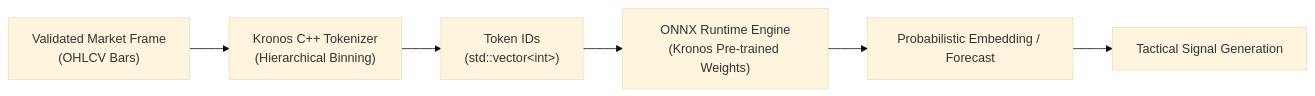
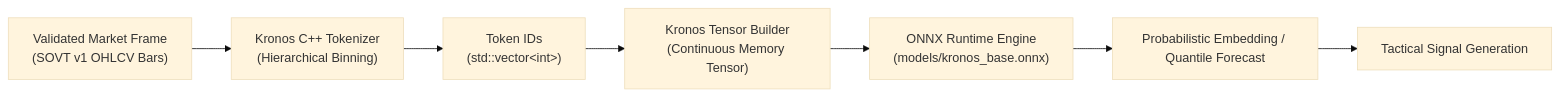
Before and after one commit to vgbn2/personal_finance_draft: the diagram in docs/engineering/specs/kronos_pipeline.md, drawn with Mermaid (base theme). The commit also changed other lines of this file and 51 other files, not shown here.

First line of the commit message:
feat(docs): overhaul specifications to IEEE 830 SRS standard and add core architectural stubs

````diff
--- a/docs/engineering/specs/kronos_pipeline.md
+++ b/docs/engineering/specs/kronos_pipeline.md
@@ -10,8 +33,9 @@
 ```mermaid
 flowchart LR
-    FRAME["Validated Market Frame<br/>(OHLCV Bars)"] --> TOKEN["Kronos C++ Tokenizer<br/>(Hierarchical Binning)"]
+    FRAME["Validated Market Frame<br/>(SOVT v1 OHLCV Bars)"] --> TOKEN["Kronos C++ Tokenizer<br/>(Hierarchical Binning)"]
     TOKEN --> IDS["Token IDs<br/>(std::vector&lt;int&gt;)"]
-    IDS --> ONNX["ONNX Runtime Engine<br/>(Kronos Pre-trained Weights)"]
-    ONNX --> EMB["Probabilistic Embedding / Forecast"]
+    IDS --> TENSOR["Kronos Tensor Builder<br/>(Continuous Memory Tensor)"]
+    TENSOR --> ONNX["ONNX Runtime Engine<br/>(models/kronos_base.onnx)"]
+    ONNX --> EMB["Probabilistic Embedding / Quantile Forecast"]
     EMB --> SIG["Tactical Signal Generation"]
 ```
````
